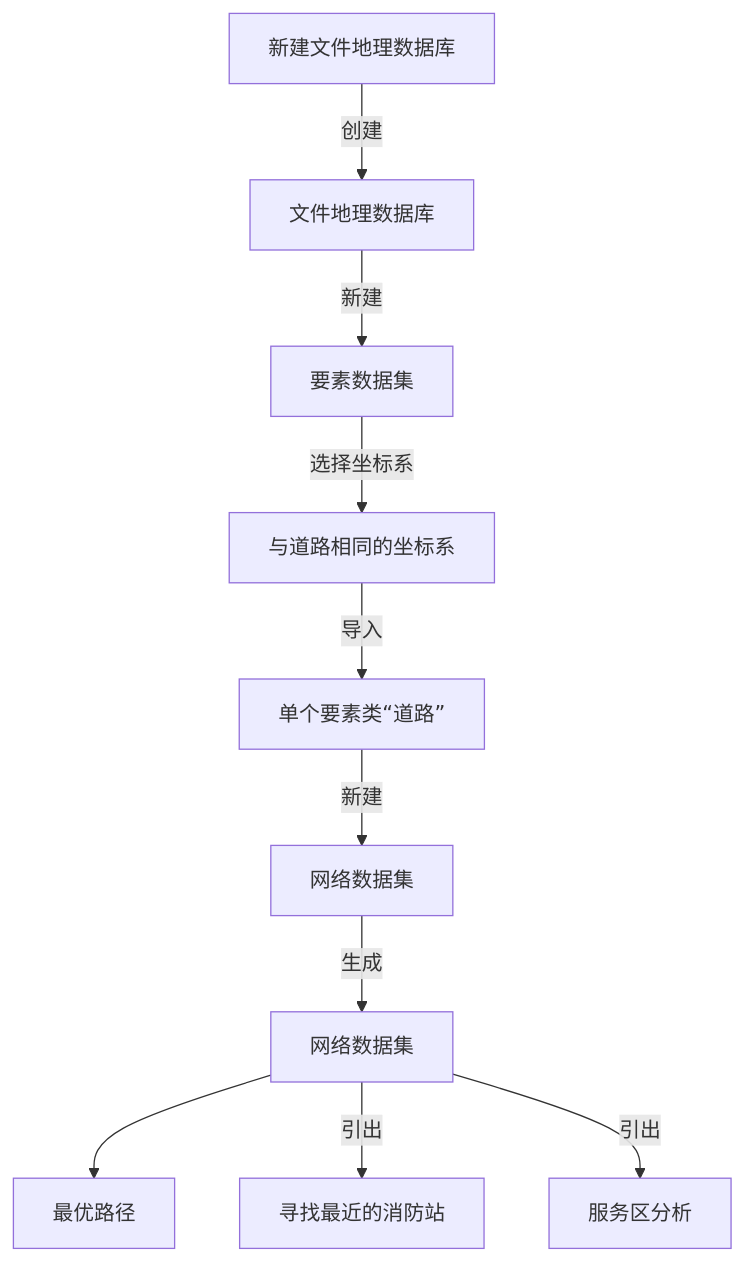
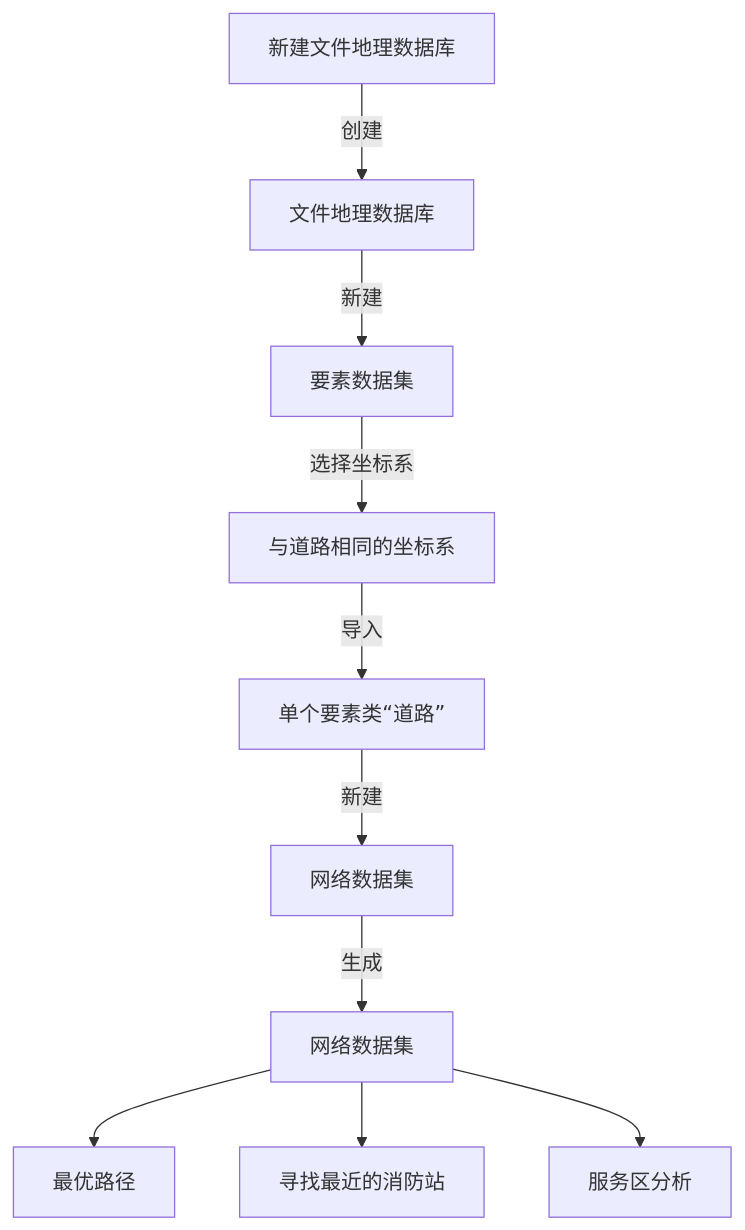
One commit to newguser/iodraw-files changed the diagram in all/未命名.md. Above: the diagram before and after it, drawn with Mermaid.

Commit message:
2025-02-27 21:15:00 update

````diff
--- a/all/未命名.md
+++ b/all/未命名.md
@@ -1,12 +1,12 @@
 ```mermaid
 graph TD
     A[新建文件地理数据库] -->|创建| B[文件地理数据库]
     B -->|新建| C[要素数据集]
     C -->|选择坐标系| D[与道路相同的坐标系]
     D -->|导入| E[单个要素类“道路”]
     E -->|新建| F[网络数据集]
     F -->|生成| G[网络数据集]
     G[网络数据集] -->H[最优路径]
-    G[网络数据集] -->|引出| I[寻找最近的消防站]
-    G[网络数据集] -->|引出| J[服务区分析]
+    G[网络数据集] -->I[寻找最近的消防站]
+    G[网络数据集] -->J[服务区分析]
 ```
````
